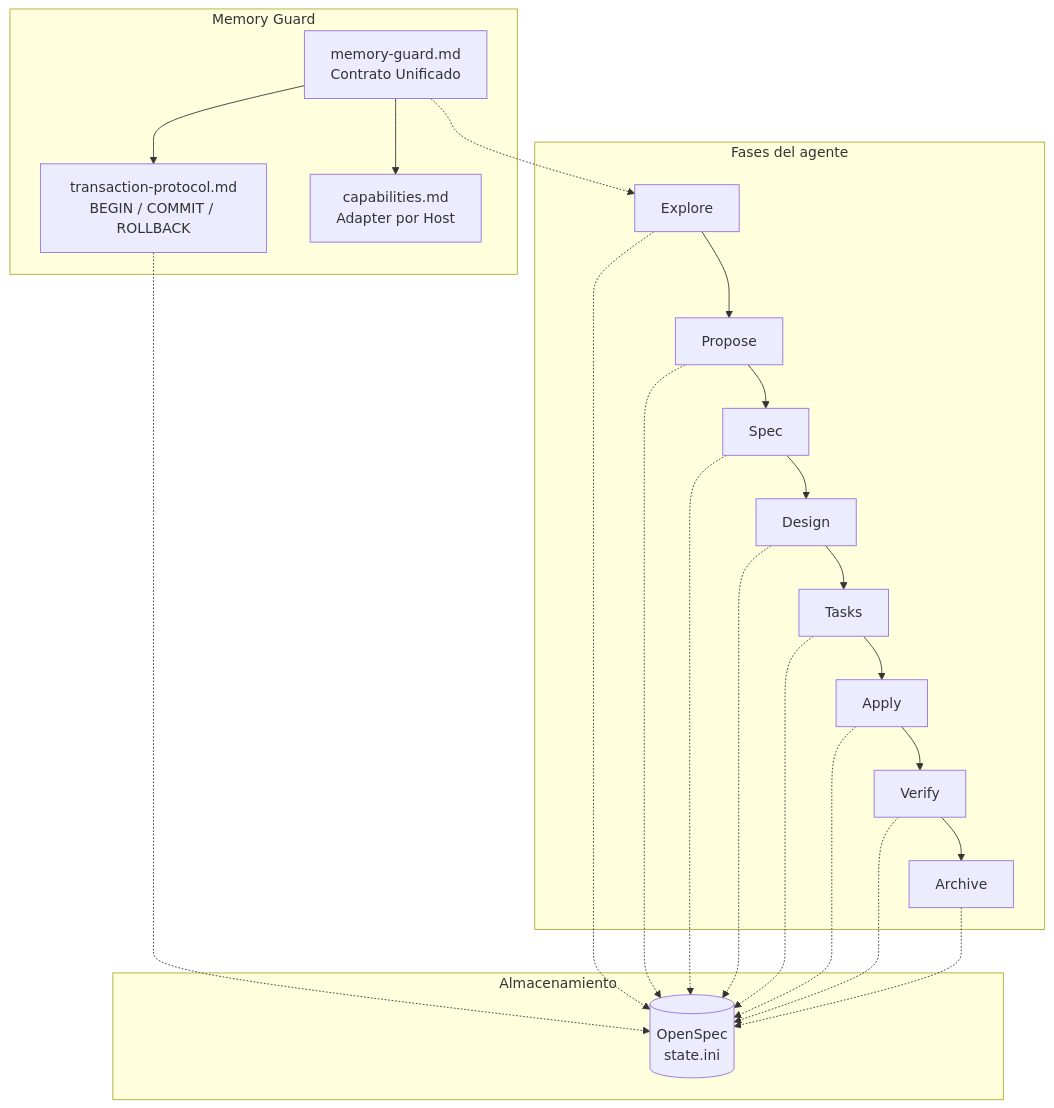
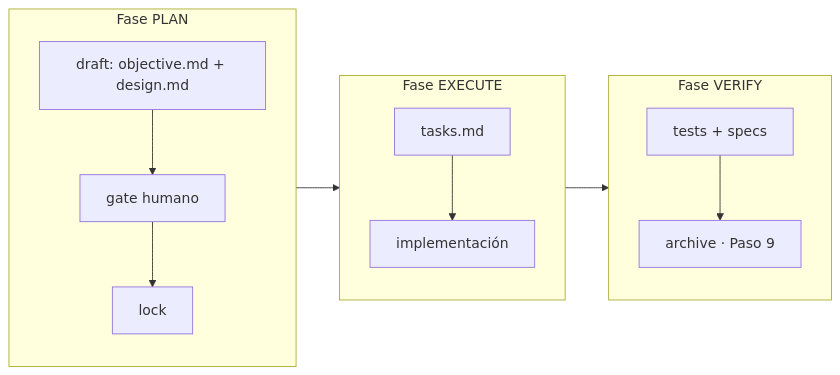
The diagram in README.md (fdomerlo/state-guard), drawn with Mermaid before and after one commit. The commit also changed other lines of this file and 2 other files, not shown here.

````diff
--- a/README.md
+++ b/README.md
@@ -156,28 +139,19 @@
 ```mermaid
-graph TB
-    subgraph "Memory Guard"
-        MG["memory-guard.md\nContrato Unificado"]
-        TXN["transaction-protocol.md\nBEGIN / COMMIT / ROLLBACK"]
-        CAP["capabilities.md\nAdapter por Host"]
+graph LR
+    subgraph "Fase PLAN"
+        direction TB
+        D1[draft: objective.md + design.md] --> G1[gate humano]
+        G1 --> L1[lock]
+    end
+    subgraph "Fase EXECUTE"
+        direction TB
+        D2[tasks.md] --> IMPL[implementación]
+    end
+    subgraph "Fase VERIFY"
+        direction TB
+        VER[tests + specs] --> ARC[archive · Paso 9]
     end
 
-    subgraph "Fases del agente"
-        E[Explore] --> P[Propose]
-        P --> S[Spec]
-        S --> D[Design]
-        D --> T[Tasks]
-        T --> A[Apply]
-        A --> V[Verify]
-        V --> ARC[Archive]
-    end
-
-    subgraph "Almacenamiento"
-        O[("OpenSpec\nstate.ini")]
-    end
-
-    MG --> TXN
-    MG --> CAP
-    MG -.-> E
-    TXN -.-> O
-    E & P & S & D & T & A & V & ARC -.-> O
+    L1 --> D2
+    IMPL --> VER
 ```
````
